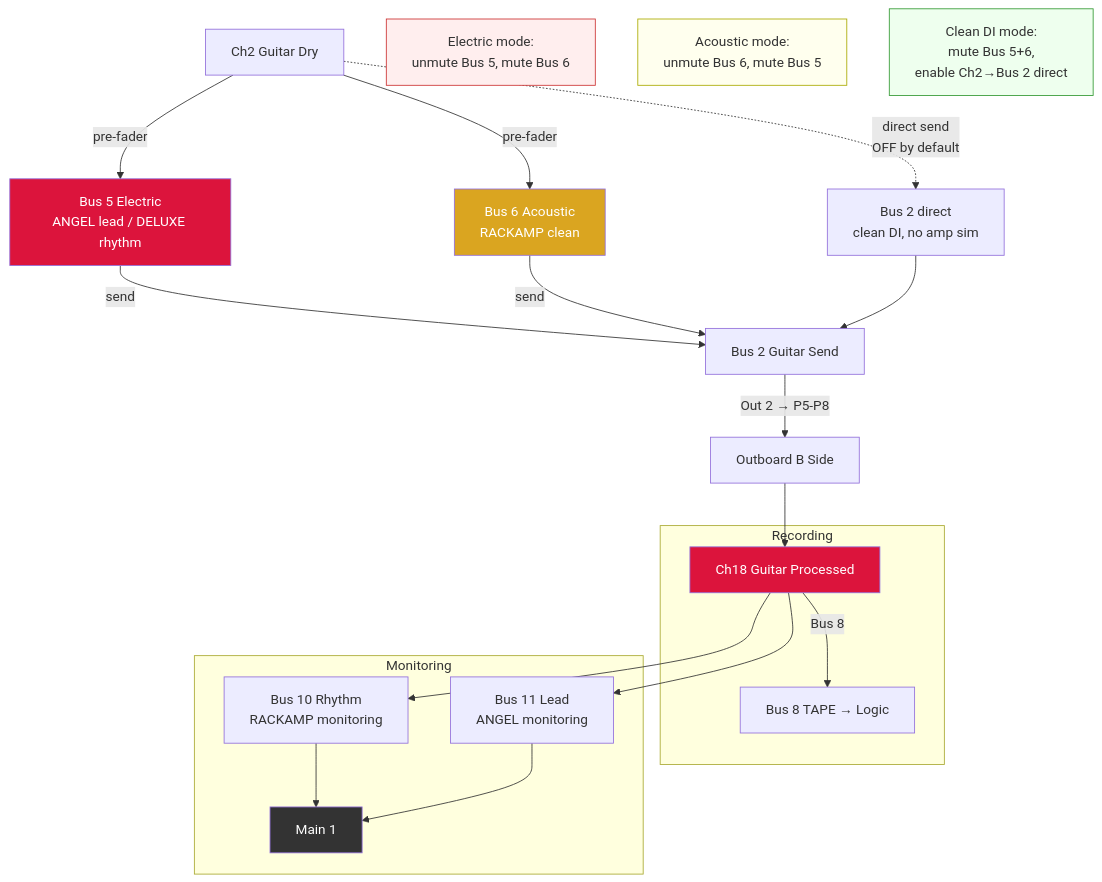
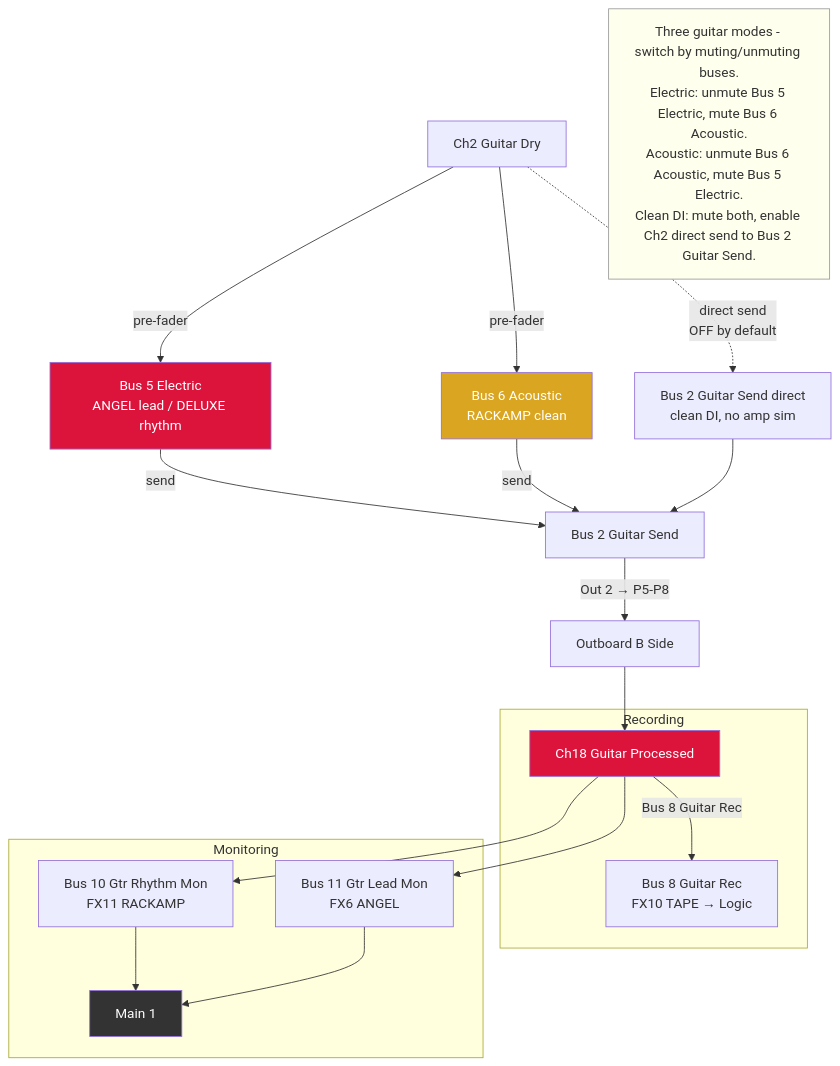
The tenth of 19 diagrams in docs/diagrams.md (ldenman/studio-setup), drawn with Mermaid before and after one commit. The commit also changed other lines of this file, not shown here.

First line of the commit message:
Add names to all bus/channel references, summary notes on every diagram

````diff
--- a/docs/diagrams.md
+++ b/docs/diagrams.md
@@ -364,38 +384,34 @@
 ```mermaid
 graph TD
     CH2[Ch2 Guitar Dry] -->|pre-fader| BUS5[Bus 5 Electric<br/>ANGEL lead / DELUXE rhythm]
     CH2 -->|pre-fader| BUS6[Bus 6 Acoustic<br/>RACKAMP clean]
-    CH2 -.->|direct send<br/>OFF by default| BUS2_DIRECT[Bus 2 direct<br/>clean DI, no amp sim]
+    CH2 -.->|direct send<br/>OFF by default| BUS2_DIRECT[Bus 2 Guitar Send direct<br/>clean DI, no amp sim]
 
     BUS5 -->|send| BUS2[Bus 2 Guitar Send]
     BUS6 -->|send| BUS2
     BUS2_DIRECT --> BUS2
 
     BUS2 -->|Out 2 → P5-P8| OUTBOARD[Outboard B Side]
 
     OUTBOARD --> CH18[Ch18 Guitar Processed]
 
-    CH18 --> BUS10[Bus 10 Rhythm<br/>RACKAMP monitoring]
-    CH18 --> BUS11[Bus 11 Lead<br/>ANGEL monitoring]
+    CH18 --> BUS10[Bus 10 Gtr Rhythm Mon<br/>FX11 RACKAMP]
+    CH18 --> BUS11[Bus 11 Gtr Lead Mon<br/>FX6 ANGEL]
 
     subgraph Recording
-        CH18 -->|Bus 8| REC[Bus 8 TAPE → Logic]
+        CH18 -->|Bus 8 Guitar Rec| REC[Bus 8 Guitar Rec<br/>FX10 TAPE → Logic]
     end
 
     subgraph Monitoring
         BUS10 --> MAIN[Main 1]
         BUS11 --> MAIN
     end
 
-    NOTE_E[Electric mode:<br/>unmute Bus 5, mute Bus 6]
-    NOTE_A[Acoustic mode:<br/>unmute Bus 6, mute Bus 5]
-    NOTE_C[Clean DI mode:<br/>mute Bus 5+6,<br/>enable Ch2→Bus 2 direct]
+    NOTE[Three guitar modes - switch by muting/unmuting buses.<br/>Electric: unmute Bus 5 Electric, mute Bus 6 Acoustic.<br/>Acoustic: unmute Bus 6 Acoustic, mute Bus 5 Electric.<br/>Clean DI: mute both, enable Ch2 direct send to Bus 2 Guitar Send.]
 
     style BUS5 fill:#DC143C,color:#fff
     style BUS6 fill:#DAA520,color:#fff
     style CH18 fill:#DC143C,color:#fff
     style MAIN fill:#333,color:#fff
-    style NOTE_E fill:#fee,stroke:#c33
-    style NOTE_A fill:#ffe,stroke:#aa0
-    style NOTE_C fill:#efe,stroke:#393
+    style NOTE fill:#ffe,stroke:#999
 ```
````
